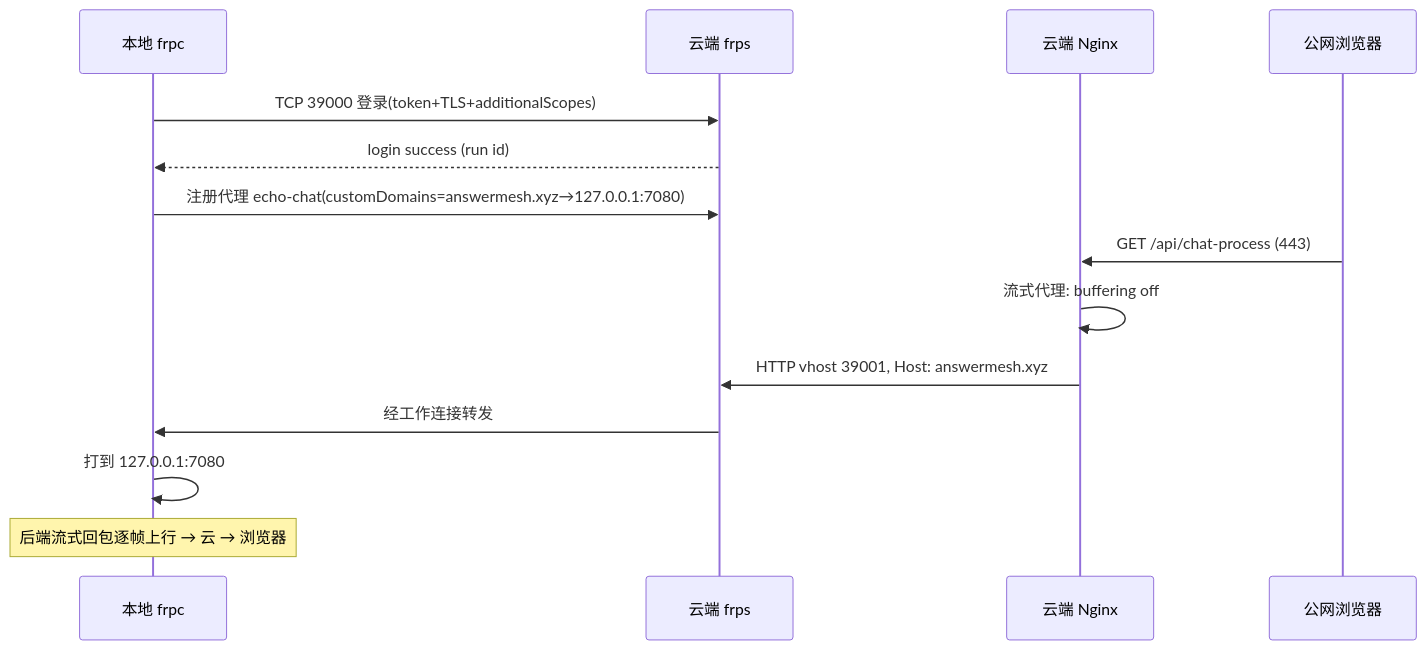
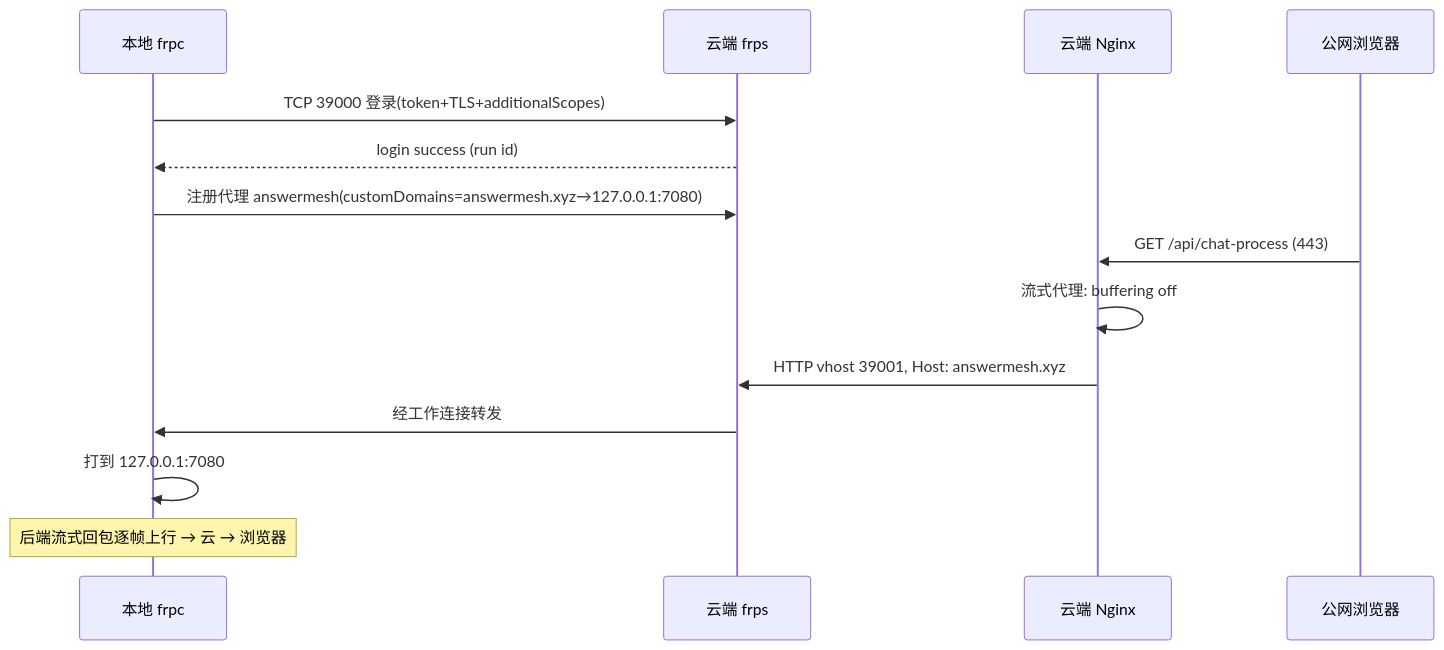
Before and after one commit to robotlover-1/ECHO-CHAT: the second of 6 diagrams in docs/echo-chat-frp-nat-traversal.md, drawn with Mermaid. The commit also changed other lines of this file and 53 other files, not shown here.

First line of the commit message:
refactor: 项目更名 ECHO-CHAT → AnswerMesh（含功能标识符）

````diff
--- a/docs/echo-chat-frp-nat-traversal.md
+++ b/docs/echo-chat-frp-nat-traversal.md
@@ -49,16 +49,16 @@
 ```mermaid
 sequenceDiagram
     participant frpc as 本地 frpc
     participant frps as 云端 frps
     participant NG as 云端 Nginx
     participant U as 公网浏览器
     frpc->>frps: TCP 39000 登录(token+TLS+additionalScopes)
     frps-->>frpc: login success (run id)
-    frpc->>frps: 注册代理 echo-chat(customDomains=answermesh.xyz→127.0.0.1:7080)
+    frpc->>frps: 注册代理 answermesh(customDomains=answermesh.xyz→127.0.0.1:7080)
     U->>NG: GET /api/chat-process (443)
     NG->>NG: 流式代理: buffering off
     NG->>frps: HTTP vhost 39001, Host: answermesh.xyz
     frps->>frpc: 经工作连接转发
     frpc->>frpc: 打到 127.0.0.1:7080
     Note over frpc: 后端流式回包逐帧上行 → 云 → 浏览器
 ```
````
